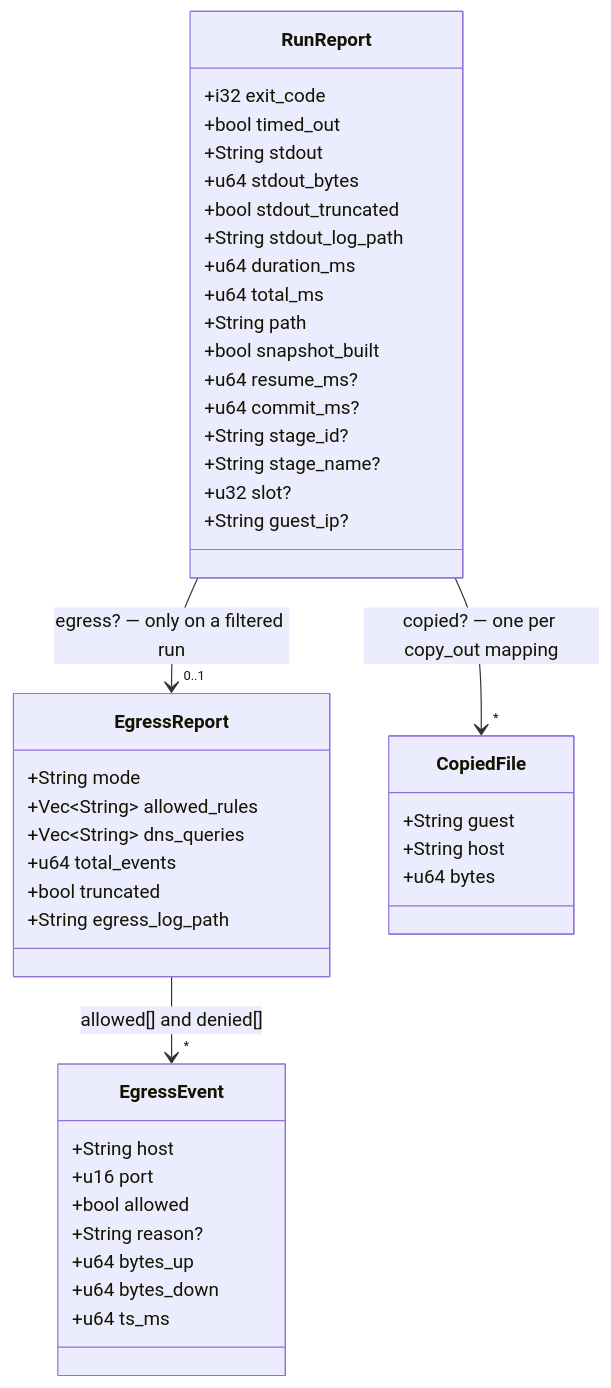
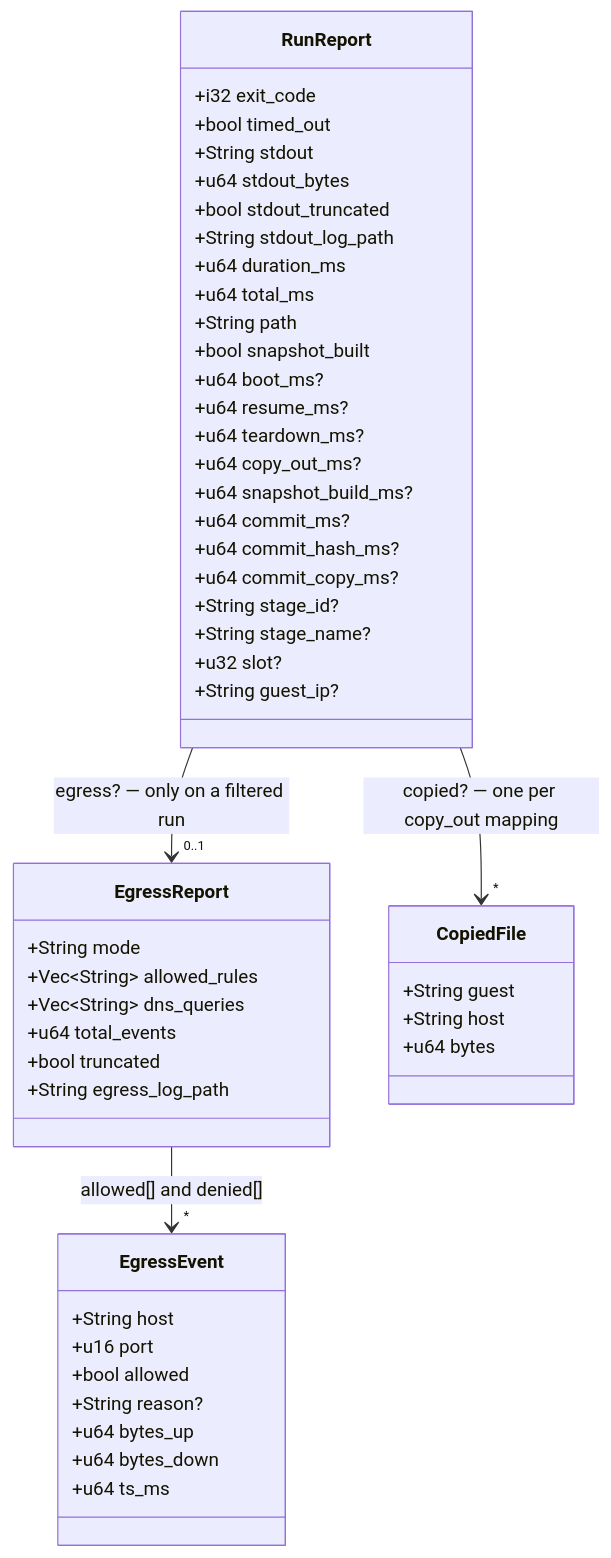
The second of 3 diagrams in docs/mcp-usage.md (me1iissa/isopod), drawn with Mermaid before and after one commit. The commit also changed other lines of this file and 14 other files, not shown here.

````diff
--- a/docs/mcp-usage.md
+++ b/docs/mcp-usage.md
@@ -218,47 +220,53 @@
 ```mermaid
 classDiagram
     direction TB
     class RunReport {
         +i32 exit_code
         +bool timed_out
         +String stdout
         +u64 stdout_bytes
         +bool stdout_truncated
         +String stdout_log_path
         +u64 duration_ms
         +u64 total_ms
         +String path
         +bool snapshot_built
+        +u64 boot_ms?
         +u64 resume_ms?
+        +u64 teardown_ms?
+        +u64 copy_out_ms?
+        +u64 snapshot_build_ms?
         +u64 commit_ms?
+        +u64 commit_hash_ms?
+        +u64 commit_copy_ms?
         +String stage_id?
         +String stage_name?
         +u32 slot?
         +String guest_ip?
     }
     class EgressReport {
         +String mode
         +Vec~String~ allowed_rules
         +Vec~String~ dns_queries
         +u64 total_events
         +bool truncated
         +String egress_log_path
     }
     class EgressEvent {
         +String host
         +u16 port
         +bool allowed
         +String reason?
         +u64 bytes_up
         +u64 bytes_down
         +u64 ts_ms
     }
     class CopiedFile {
         +String guest
         +String host
         +u64 bytes
     }
     RunReport --> "0..1" EgressReport : egress? — only on a filtered run
     RunReport --> "*" CopiedFile : copied? — one per copy_out mapping
     EgressReport --> "*" EgressEvent : allowed[] and denied[]
 ```
````
